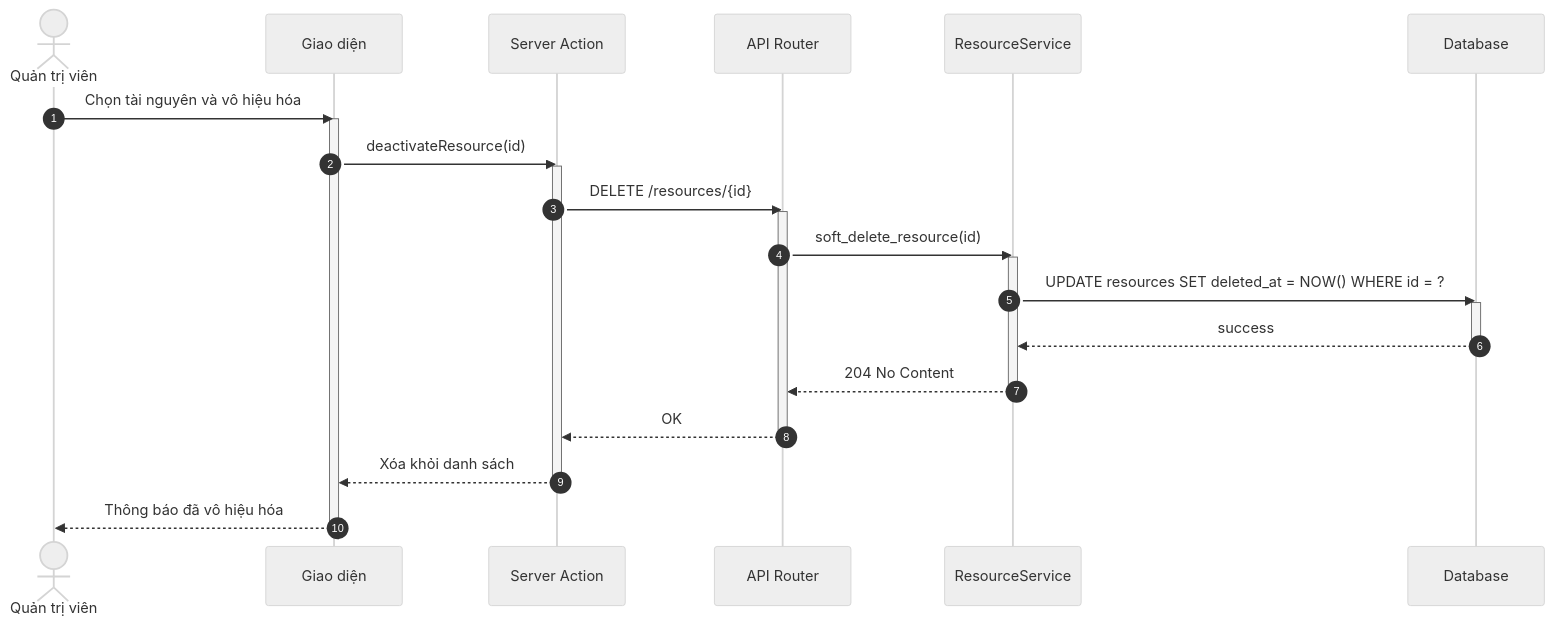
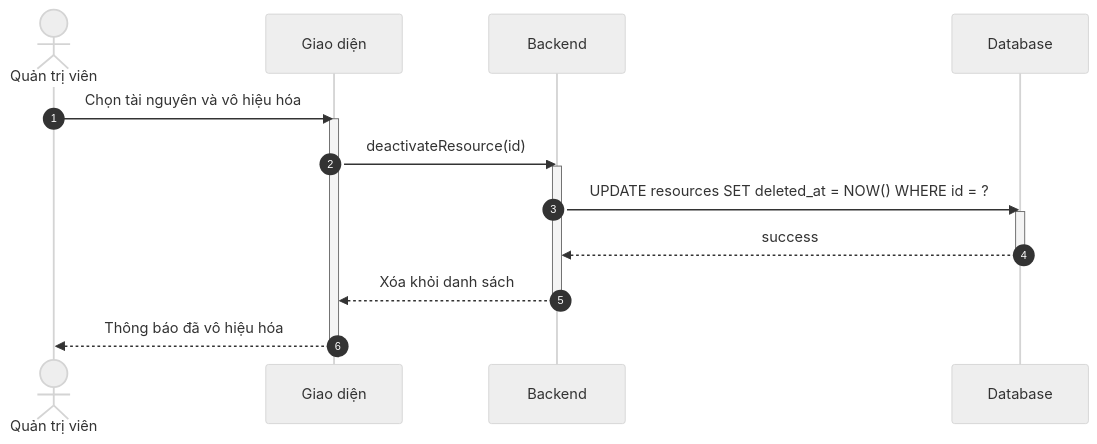
Before and after one commit to ngoctinn/Synapse: the fourth of 12 diagrams in docs/design/sequences/admin_flows.md, drawn with Mermaid (neutral theme). The commit also changed other lines of this file and 7 other files, not shown here.

Commit message:
docs: Add initial design documentation for authentication, user flows, and algorithm specification.

````diff
--- a/docs/design/sequences/admin_flows.md
+++ b/docs/design/sequences/admin_flows.md
@@ -160,38 +118,24 @@
 ```mermaid
 sequenceDiagram
     autonumber
     actor QTV as Quản trị viên
     participant UI as Giao diện
-    participant BFF as Server Action
-    participant API as API Router
-    participant S as ResourceService
+    participant BE as Backend
     participant DB as Database
 
     QTV->>UI: Chọn tài nguyên và vô hiệu hóa
     activate UI
-    UI->>BFF: deactivateResource(id)
-    activate BFF
+    UI->>BE: deactivateResource(id)
+    activate BE
 
-    BFF->>API: DELETE /resources/{id}
-    activate API
-
-    API->>S: soft_delete_resource(id)
-    activate S
-
-    S->>DB: UPDATE resources SET deleted_at = NOW() WHERE id = ?
+    BE->>DB: UPDATE resources SET deleted_at = NOW() WHERE id = ?
     activate DB
-    DB-->>S: success
+    DB-->>BE: success
     deactivate DB
 
-    S-->>API: 204 No Content
-    deactivate S
-
-    API-->>BFF: OK
-    deactivate API
-
-    BFF-->>UI: Xóa khỏi danh sách
-    deactivate BFF
+    BE-->>UI: Xóa khỏi danh sách
+    deactivate BE
 
     UI-->>QTV: Thông báo đã vô hiệu hóa
     deactivate UI
 ```
````
